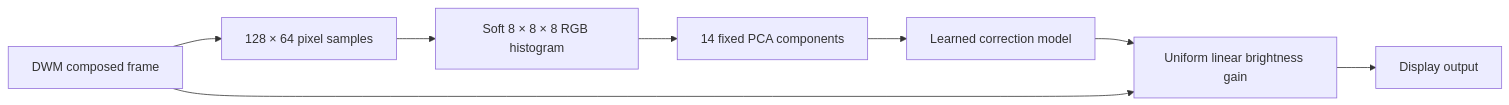
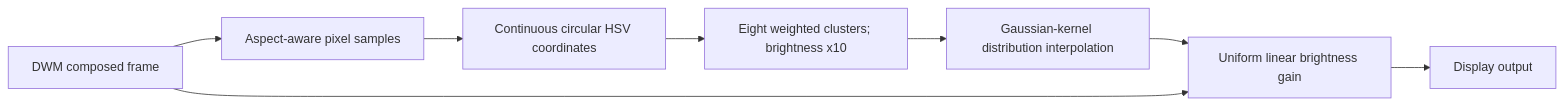
The diagram in docs/filter-design.md (Vestaia/OLED-Anti-Dimming), drawn with Mermaid before and after one commit. The commit also changed other lines of this file and 149 other files, not shown here.

````diff
--- a/docs/filter-design.md
+++ b/docs/filter-design.md
@@ -9,10 +17,10 @@
 ```mermaid
 flowchart LR
-    D[DWM composed frame] --> S[128 × 64 pixel samples]
-    S --> H[Soft 8 × 8 × 8 RGB histogram]
-    H --> P[14 fixed PCA components]
-    P --> M[Learned correction model]
+    D[DWM composed frame] --> S[Aspect-aware pixel samples]
+    S --> H[Continuous circular HSV coordinates]
+    H --> C[Eight weighted clusters; brightness x10]
+    C --> M[Gaussian-kernel distribution interpolation]
     M --> G[Uniform linear brightness gain]
     D --> G
     G --> O[Display output]
 ```
````
